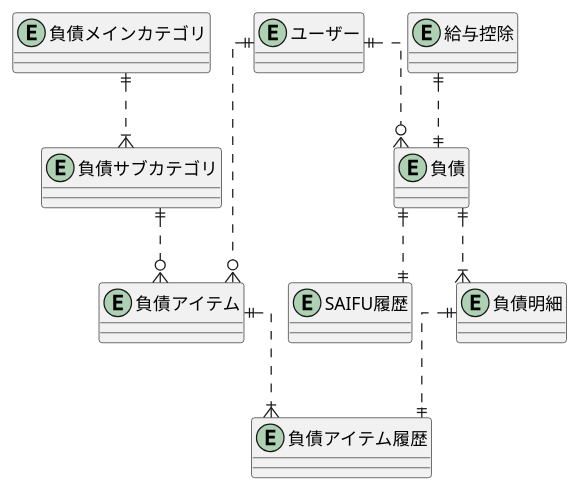
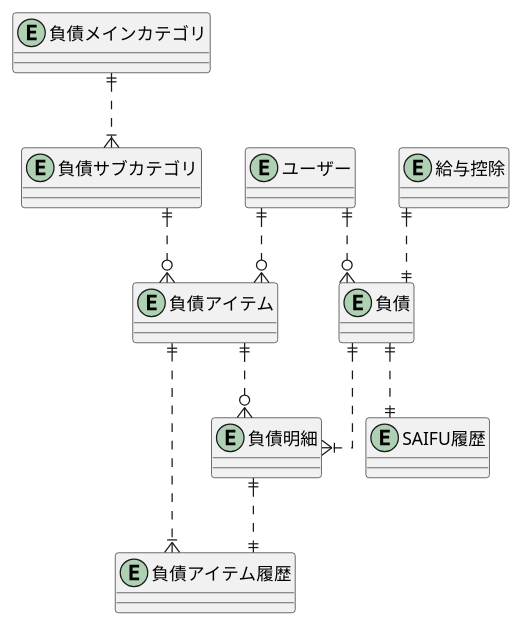
One commit to JojiKoike/saifu-docs changed the diagram in design/ER_Concept_Debt.wsd. Above: the diagram before and after it, drawn with PlantUML.

Commit message:
負債アイテムと負債明細にリレーション追加

```diff
--- a/design/ER_Concept_Debt.wsd
+++ b/design/ER_Concept_Debt.wsd
@@ -1,45 +1,46 @@
 @startuml ER_Concept
 skinparam linetype ortho
 
 ' Entity
 entity "SAIFU履歴" as saifuHistory {
 }
 
 entity "給与控除" as salaryDeduction {
 }
 
 entity "負債" as debt {
 }
 
 entity "負債明細" as debtDetail {
 }
 
 entity "負債アイテム" as debtItem {
 }
 
 entity "負債アイテム履歴" as debtItemHistory {
 }
 
 entity "負債メインカテゴリ" as debtCategoryMain {
 }
 
 entity "負債サブカテゴリ" as debtCategorySub {
 }
 
 entity "ユーザー" as user {
 }
 
 ' Relation
 
 ' Debt
 debtCategoryMain ||..|{debtCategorySub
 debtCategorySub ||..o{debtItem
 salaryDeduction ||..||debt
 debt ||..|{debtDetail
 debt ||..||saifuHistory
 debtDetail ||..||debtItemHistory
 debtItem ||..|{debtItemHistory
+debtItem ||..o{debtDetail
 user ||..o{debt
 user ||..o{debtItem
 
 @enduml
```
